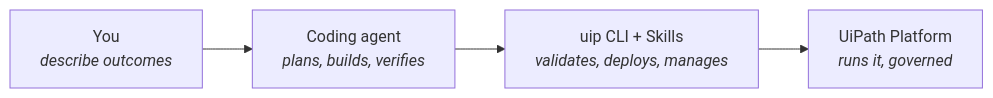
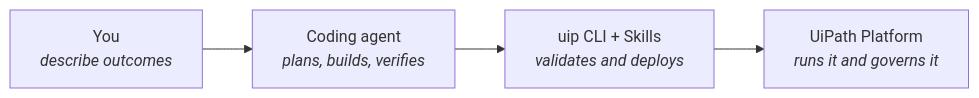
Before and after one commit to uipath-practice/ClaimCaseWorkshop: the first of 2 diagrams in docs/plan/5-architecture-overview.md, drawn with Mermaid. The commit also changed other lines of this file and 21 other files, not shown here.

````diff
--- a/docs/plan/5-architecture-overview.md
+++ b/docs/plan/5-architecture-overview.md
@@ -9,4 +9,4 @@
 ```mermaid
 flowchart LR
-  Y["You<br/><i>describe outcomes</i>"] --> AG["Coding agent<br/><i>plans, builds, verifies</i>"] --> CLI["uip CLI + Skills<br/><i>validates, deploys, manages</i>"] --> PF["UiPath Platform<br/><i>runs it, governed</i>"]
+  Y["You<br/><i>describe outcomes</i>"] --> AG["Coding agent<br/><i>plans, builds, verifies</i>"] --> CLI["uip CLI + Skills<br/><i>validates and deploys</i>"] --> PF["UiPath Platform<br/><i>runs it and governs it</i>"]
 ```
````
